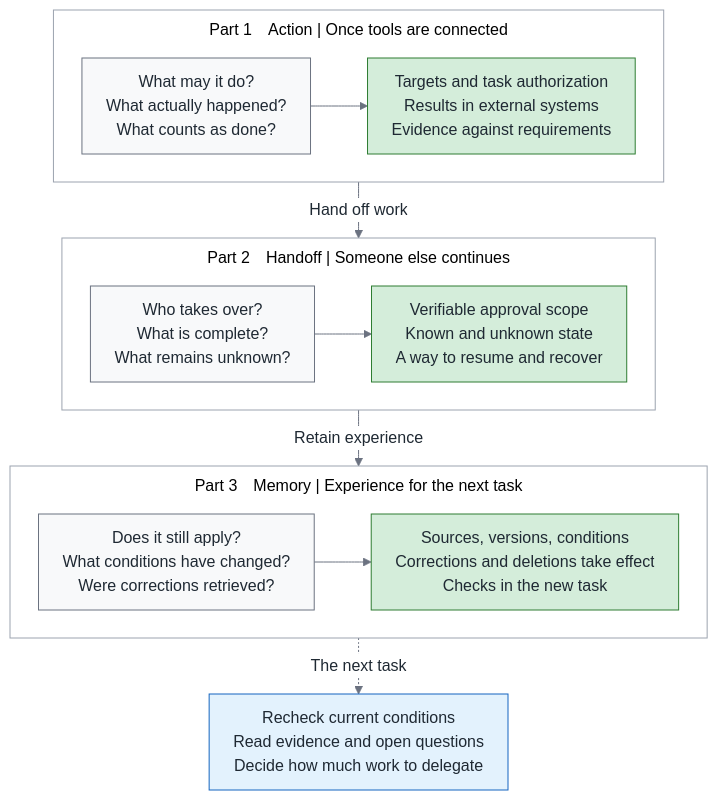
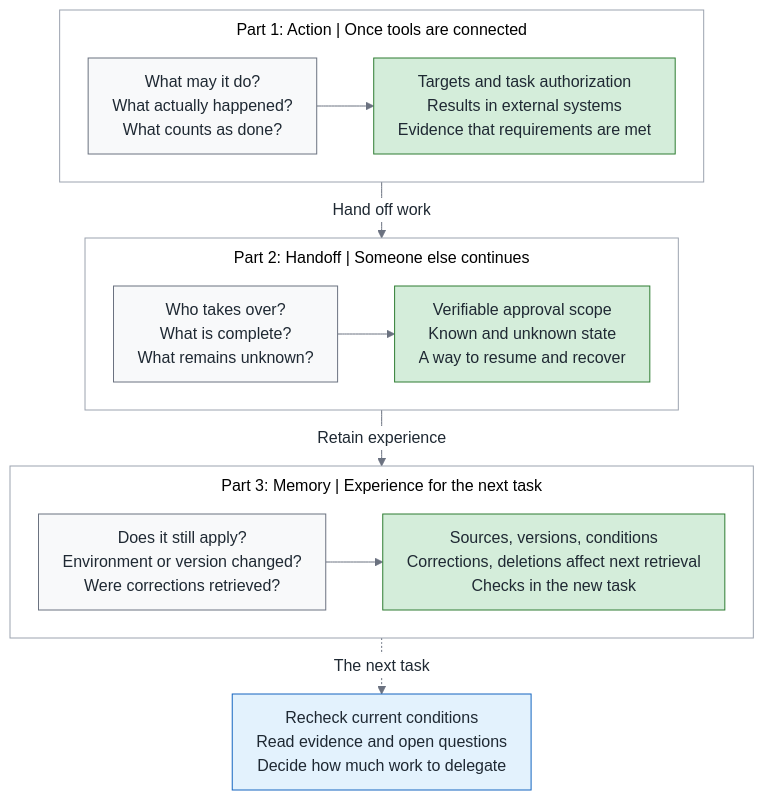
Before and after one commit to fantasybz/medium-articles: the diagram in research/2026-10/aaif-agntcon/overview/series-overview.en.mmd, drawn with Mermaid. The commit also changed 27 other files, not shown here.

```diff
--- a/research/2026-10/aaif-agntcon/overview/series-overview.en.mmd
+++ b/research/2026-10/aaif-agntcon/overview/series-overview.en.mmd
@@ -1,56 +1,56 @@
 ---
 config:
   theme: base
   themeVariables:
     fontSize: 16px
     primaryColor: "#f8f9fa"
     primaryTextColor: "#1f2933"
     primaryBorderColor: "#6b7280"
     lineColor: "#6b7280"
     secondaryColor: "#f8f9fa"
     tertiaryColor: "#ffffff"
     clusterBkg: "#ffffff"
     clusterBorder: "#9ca3af"
     edgeLabelBackground: "#ffffff"
   flowchart:
     nodeSpacing: 36
     rankSpacing: 32
     padding: 12
     wrappingWidth: 320
     htmlLabels: true
     subGraphTitleMargin:
       top: 8
       bottom: 12
     curve: basis
 ---
 flowchart TB
-    %% Layout: TB, 7 nodes; checked viewBox 741x796, height/width 1.07; font 16px.
+    %% Layout: TB, 7 nodes; checked viewBox 788x796, height/width 1.01; font 16px.
     classDef own fill:#d4edda,stroke:#2e7d32,color:#1f2933
     classDef human fill:#e3f2fd,stroke:#1565c0,color:#1f2933
 
-    subgraph action["Part 1　Action | Once tools are connected"]
+    subgraph action["Part 1: Action | Once tools are connected"]
         direction LR
         A["What may it do?<br/>What actually happened?<br/>What counts as done?"]
-        B["Targets and task authorization<br/>Results in external systems<br/>Evidence against requirements"]
+        B["Targets and task authorization<br/>Results in external systems<br/>Evidence that requirements are met"]
         A --> B
     end
 
-    subgraph handoff["Part 2　Handoff | Someone else continues"]
+    subgraph handoff["Part 2: Handoff | Someone else continues"]
         direction LR
         C["Who takes over?<br/>What is complete?<br/>What remains unknown?"]
         D["Verifiable approval scope<br/>Known and unknown state<br/>A way to resume and recover"]
         C --> D
     end
 
-    subgraph memory["Part 3　Memory | Experience for the next task"]
+    subgraph memory["Part 3: Memory | Experience for the next task"]
         direction LR
-        E["Does it still apply?<br/>What conditions have changed?<br/>Were corrections retrieved?"]
-        F["Sources, versions, conditions<br/>Corrections and deletions take effect<br/>Checks in the new task"]
+        E["Does it still apply?<br/>Environment or version changed?<br/>Were corrections retrieved?"]
+        F["Sources, versions, conditions<br/>Corrections, deletions affect next retrieval<br/>Checks in the new task"]
         E --> F
     end
 
     action -->|Hand off work| handoff
     handoff -->|Retain experience| memory
     memory -.->|The next task| G["Recheck current conditions<br/>Read evidence and open questions<br/>Decide how much work to delegate"]
     class B,D,F own
     class G human
```
